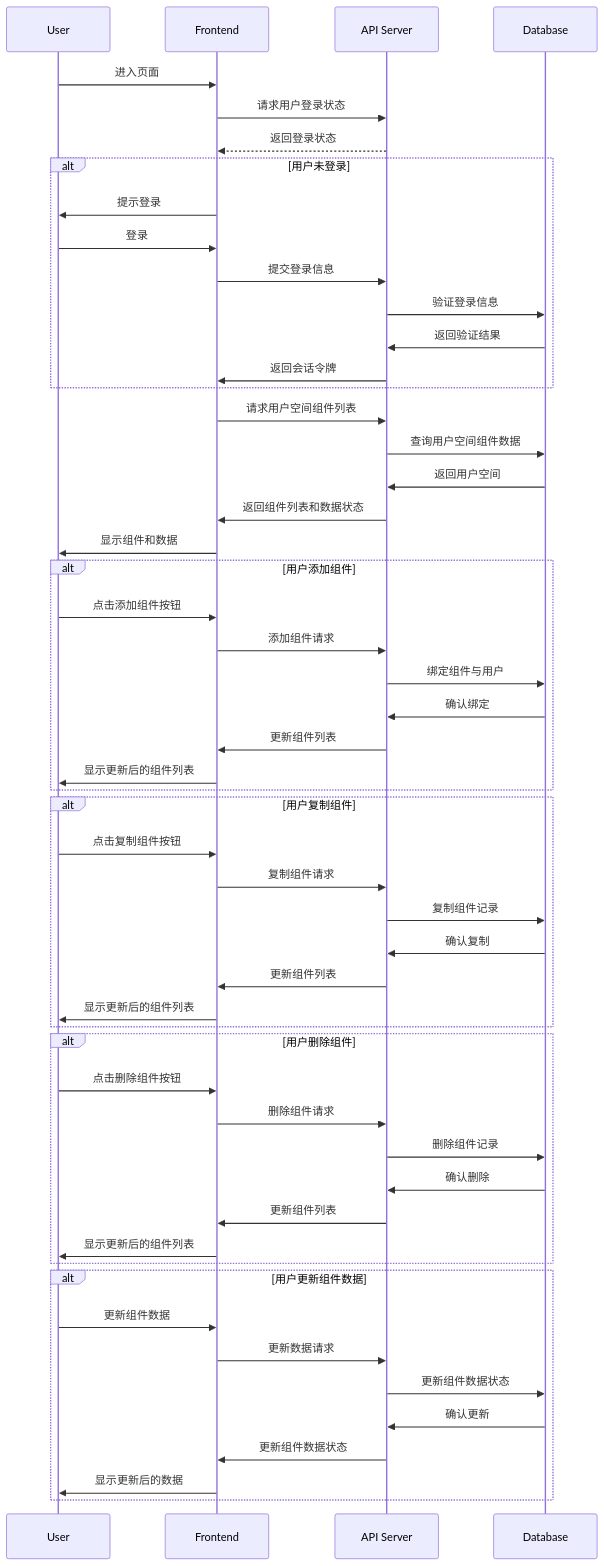
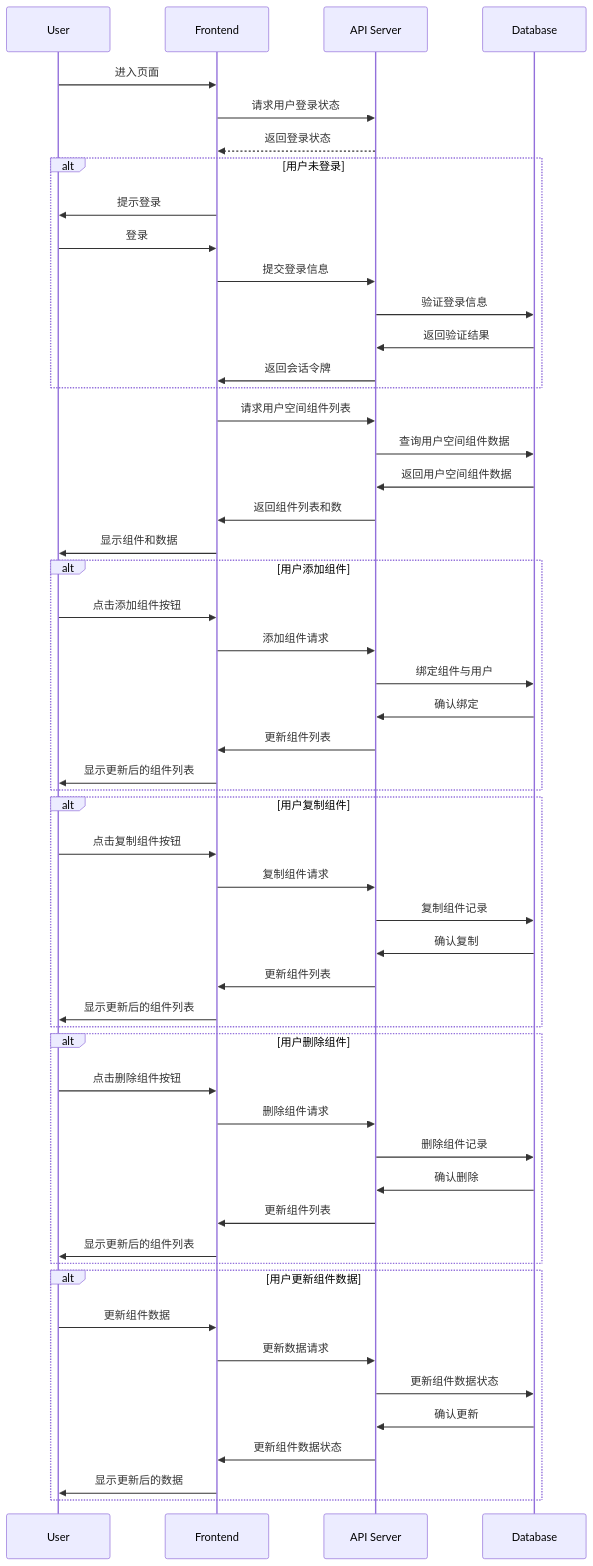
The diagram in all/未命名-7.md (yingjianzh/iodraw-files), drawn with Mermaid before and after one commit.

Commit message:
2024-10-09 10:20:11 update

````diff
--- a/all/未命名-7.md
+++ b/all/未命名-7.md
@@ -1,62 +1,62 @@
 ```mermaid
 sequenceDiagram
     participant User
     participant Frontend
     participant API Server
     participant Database
 
     User->>Frontend: 进入页面
     Frontend->>API Server: 请求用户登录状态
     API Server-->>Frontend: 返回登录状态
     alt 用户未登录
         Frontend->>User: 提示登录
         User->>Frontend: 登录
         Frontend->>API Server: 提交登录信息
         API Server->>Database: 验证登录信息
         Database->>API Server: 返回验证结果
         API Server->>Frontend: 返回会话令牌
     end
 
     Frontend->>API Server: 请求用户空间组件列表
     API Server->>Database: 查询用户空间组件数据
-    Database->>API Server: 返回用户空间
-    API Server->>Frontend: 返回组件列表和数据状态
+    Database->>API Server: 返回用户空间组件数据
+    API Server->>Frontend: 返回组件列表和数
     Frontend->>User: 显示组件和数据
 
     alt 用户添加组件
         User->>Frontend: 点击添加组件按钮
         Frontend->>API Server: 添加组件请求
         API Server->>Database: 绑定组件与用户
         Database->>API Server: 确认绑定
         API Server->>Frontend: 更新组件列表
         Frontend->>User: 显示更新后的组件列表
     end
 
     alt 用户复制组件
         User->>Frontend: 点击复制组件按钮
         Frontend->>API Server: 复制组件请求
         API Server->>Database: 复制组件记录
         Database->>API Server: 确认复制
         API Server->>Frontend: 更新组件列表
         Frontend->>User: 显示更新后的组件列表
     end
 
     alt 用户删除组件
         User->>Frontend: 点击删除组件按钮
         Frontend->>API Server: 删除组件请求
         API Server->>Database: 删除组件记录
         Database->>API Server: 确认删除
         API Server->>Frontend: 更新组件列表
         Frontend->>User: 显示更新后的组件列表
     end
 
     alt 用户更新组件数据
         User->>Frontend: 更新组件数据
         Frontend->>API Server: 更新数据请求
         API Server->>Database: 更新组件数据状态
         Database->>API Server: 确认更新
         API Server->>Frontend: 更新组件数据状态
         Frontend->>User: 显示更新后的数据
     end
 
 ```
````
